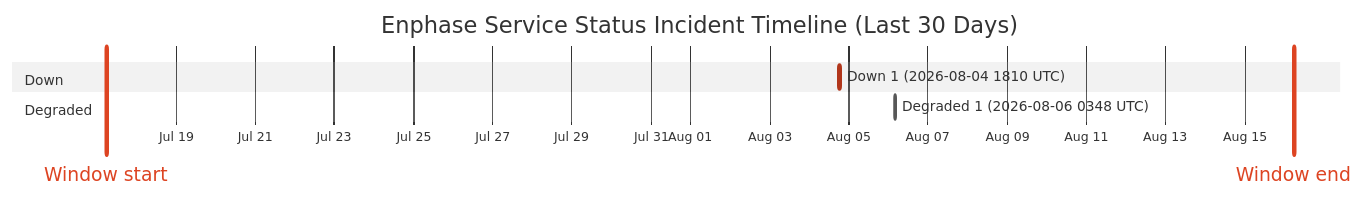
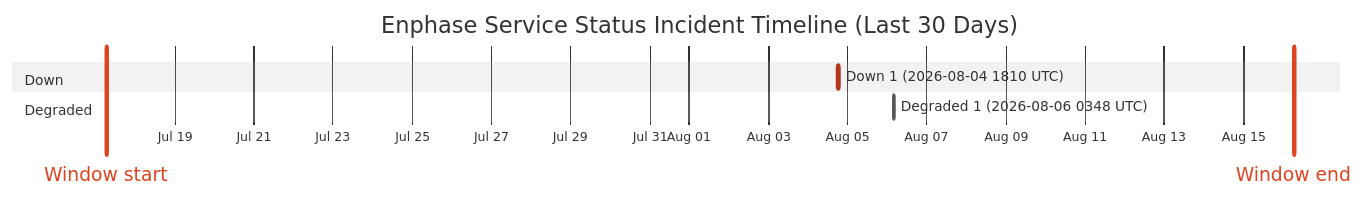
The diagram in wiki/Service-Status-History.md (barneyonline/ha-enphase-energy), drawn with Mermaid (neutral theme) before and after one commit. The commit also changed other lines of this file and 3 other files, not shown here.

````diff
--- a/wiki/Service-Status-History.md
+++ b/wiki/Service-Status-History.md
@@ -14,12 +14,12 @@
 ```mermaid
 gantt
     title Enphase Service Status Incident Timeline (Last 30 Days)
     dateFormat  YYYY-MM-DDTHH:mm:ss
     axisFormat  %b %d
-    Window start :vert, window-start, 2026-07-17T05:53:20, 0ms
-    Window end :vert, window-end, 2026-08-16T05:53:20, 0ms
+    Window start :vert, window-start, 2026-07-17T06:36:28, 0ms
+    Window end :vert, window-end, 2026-08-16T06:36:28, 0ms
     section Down
     Down 1 (2026-08-04 1810 UTC) :crit, down-1, 2026-08-04T18:10:46, 60m
     section Degraded
     Degraded 1 (2026-08-06 0348 UTC) :active, degraded-1, 2026-08-06T03:48:14, 60m
 ```
````
